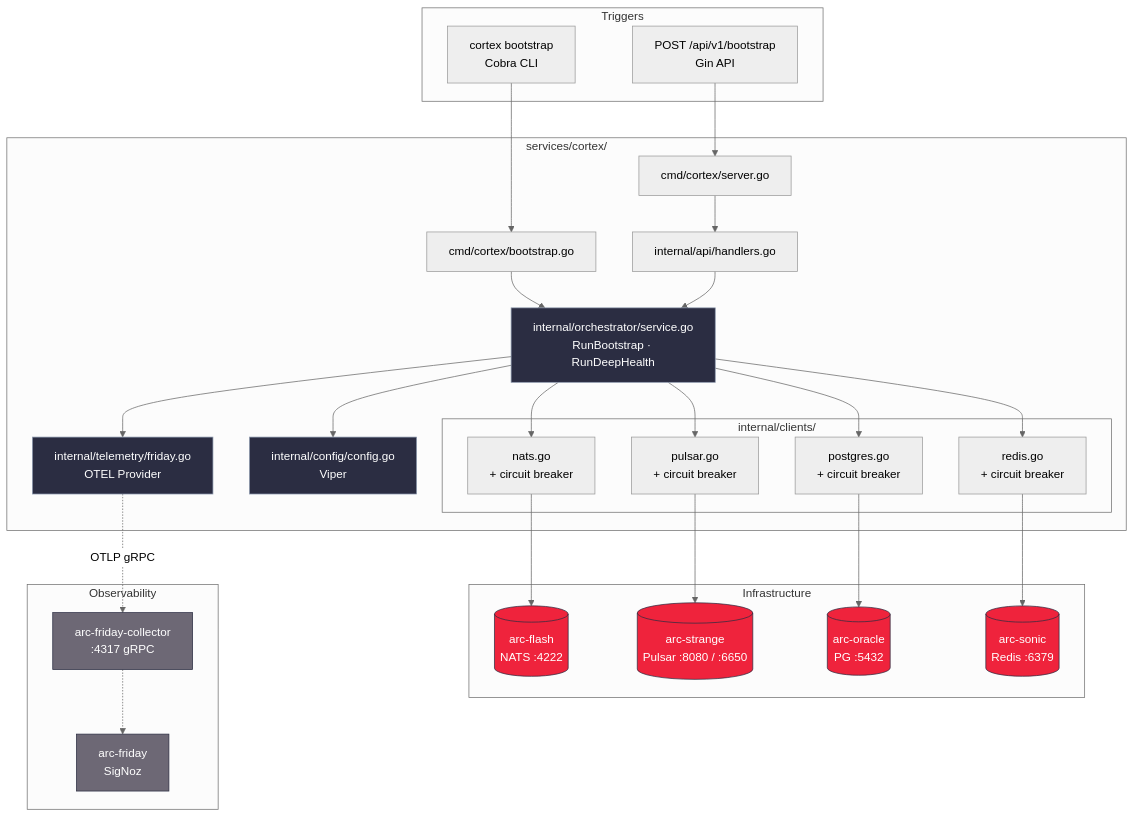
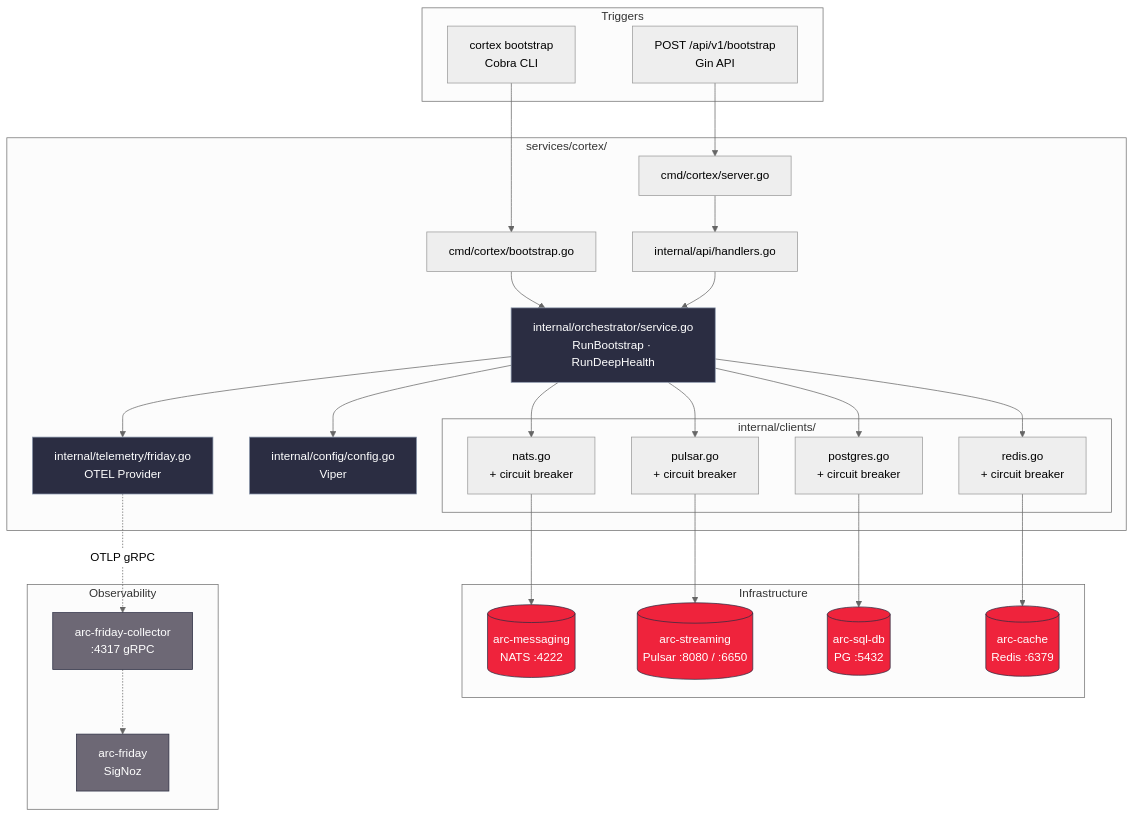
Before and after one commit to arc-framework/arc-platform: the first of 5 diagrams in specs/002-cortex-setup/plan.md, drawn with Mermaid (neutral theme). The commit also changed other lines of this file and 34 other files, not shown here.

````diff
--- a/specs/002-cortex-setup/plan.md
+++ b/specs/002-cortex-setup/plan.md
@@ -54,52 +54,52 @@
 ```mermaid
 graph TD
     subgraph Triggers
         CLI[cortex bootstrap\nCobra CLI]
         HTTP[POST /api/v1/bootstrap\nGin API]
     end
 
     subgraph Cortex["services/cortex/"]
         Cobra[cmd/cortex/bootstrap.go]
         Gin[cmd/cortex/server.go]
         Handler[internal/api/handlers.go]
         Orchestrator[internal/orchestrator/service.go\nRunBootstrap · RunDeepHealth]
         Config[internal/config/config.go\nViper]
         Telemetry[internal/telemetry/friday.go\nOTEL Provider]
 
         subgraph Clients["internal/clients/"]
             NATS[nats.go\n+ circuit breaker]
             Pulsar[pulsar.go\n+ circuit breaker]
             PG[postgres.go\n+ circuit breaker]
             Redis[redis.go\n+ circuit breaker]
         end
     end
 
     subgraph Infra["Infrastructure"]
-        Flash[(arc-flash\nNATS :4222)]
-        Strange[(arc-strange\nPulsar :8080 / :6650)]
-        Oracle[(arc-oracle\nPG :5432)]
-        Sonic[(arc-sonic\nRedis :6379)]
+        Flash[(arc-messaging\nNATS :4222)]
+        Strange[(arc-streaming\nPulsar :8080 / :6650)]
+        Oracle[(arc-sql-db\nPG :5432)]
+        Sonic[(arc-cache\nRedis :6379)]
     end
 
     subgraph Observability["Observability"]
         Widow[arc-friday-collector\n:4317 gRPC]
         Friday[arc-friday\nSigNoz]
     end
 
     CLI --> Cobra --> Orchestrator
     HTTP --> Gin --> Handler --> Orchestrator
     Orchestrator --> Config
     Orchestrator --> Telemetry
     Orchestrator --> NATS --> Flash
     Orchestrator --> Pulsar --> Strange
     Orchestrator --> PG --> Oracle
     Orchestrator --> Redis --> Sonic
     Telemetry -.->|OTLP gRPC| Widow -.-> Friday
 
     classDef core fill:#2b2d42,stroke:#8d99ae,color:#fff
     classDef infra fill:#ef233c,stroke:#2b2d42,color:#fff
     classDef obs fill:#6d6875,stroke:#2b2d42,color:#fff
     class Orchestrator,Config,Telemetry core
     class Flash,Strange,Oracle,Sonic infra
     class Widow,Friday obs
 ```
````
